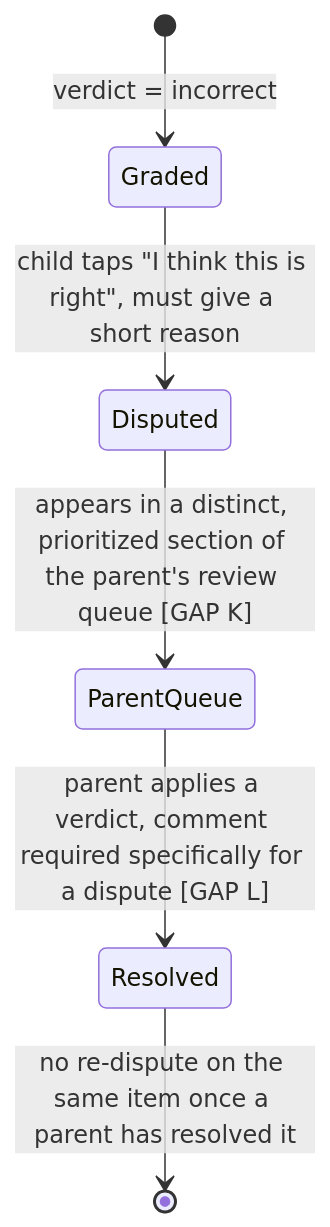
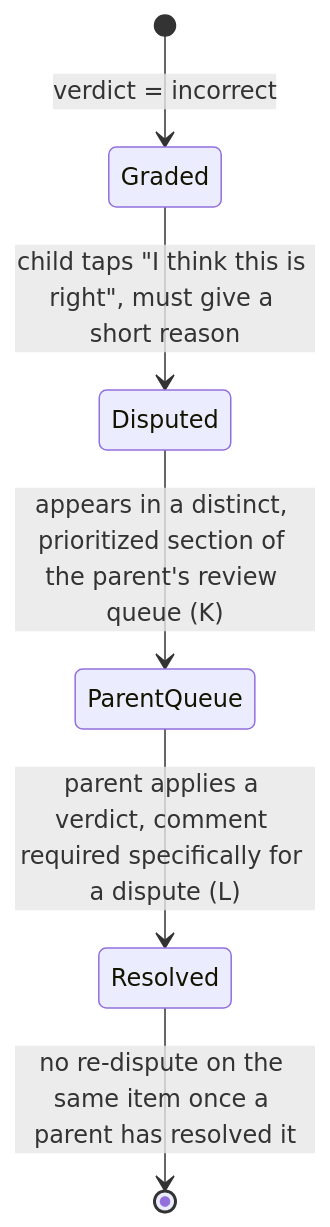
One commit to saranga2000/agentic-k12-teaching-assistant changed the fourth of 4 diagrams in docs/USER_WORKFLOWS.md. Above: the diagram before and after it, drawn with Mermaid. The commit also changed other lines of this file and 7 other files, not shown here.

````diff
--- a/docs/USER_WORKFLOWS.md
+++ b/docs/USER_WORKFLOWS.md
@@ -384,8 +382,8 @@
 ```mermaid
 stateDiagram-v2
     [*] --> Graded: verdict = incorrect
     Graded --> Disputed: child taps "I think this is right", must give a short reason
-    Disputed --> ParentQueue: appears in a distinct, prioritized section of the parent's review queue [GAP K]
-    ParentQueue --> Resolved: parent applies a verdict, comment required specifically for a dispute [GAP L]
+    Disputed --> ParentQueue: appears in a distinct, prioritized section of the parent's review queue (K)
+    ParentQueue --> Resolved: parent applies a verdict, comment required specifically for a dispute (L)
     Resolved --> [*]: no re-dispute on the same item once a parent has resolved it
 ```
````
